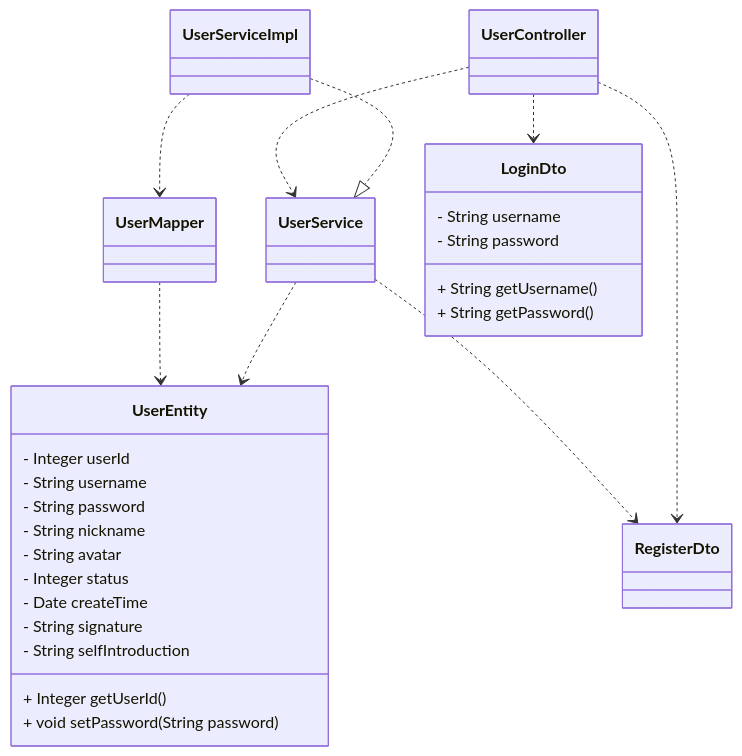
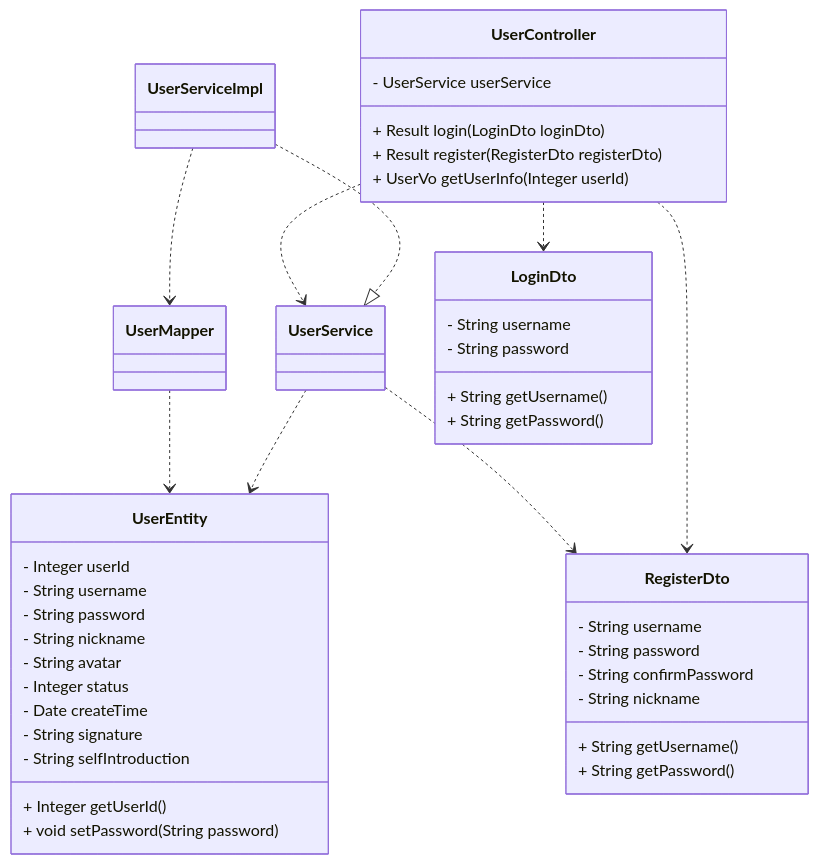
Before and after one commit to DEbalanceUX/iodraw-files: the diagram in all/未命名-1.md, drawn with Mermaid.

Commit message:
2025-12-10 22:53:23 update

````diff
--- a/all/未命名-1.md
+++ b/all/未命名-1.md
@@ -1,38 +1,54 @@
 ```mermaid
 classDiagram
     %% 实现关系：ServiceImpl 实现 Service 接口
     UserServiceImpl ..|> UserService
     %% 依赖关系：Controller 依赖 Service / ServiceImpl 依赖 Mapper
     UserController ..> UserService
     UserServiceImpl ..> UserMapper
     %% 关联关系：核心数据载体关联
     UserService ..> UserEntity
     UserMapper ..> UserEntity
     UserController ..> LoginDto
     UserController ..> RegisterDto
     UserService ..> RegisterDto
 
     %% 用户实体类（存储用户核心数据）
     class UserEntity {
         - Integer userId       
         - String username   
         - String password       
         - String nickname
         - String avatar
         - Integer status
         - Date createTime
         - String signature
         - String selfIntroduction 
         + Integer getUserId()
         + void setPassword(String password)
     }
     %% 登录请求数据传输类（接收前端参数）
     class LoginDto {
         - String username
         - String password
         + String getUsername()
         + String getPassword()
     }
-    
+     %% 注册请求数据传输类（接收前端参数）
+    class RegisterDto {
+        - String username      
+        - String password      
+        - String confirmPassword 
+        - String nickname     
+        + String getUsername()
+        + String getPassword()
+    }
+%% 控制器类（接收请求，返回响应）
+    class UserController {
+        - UserService userService
+        + Result login(LoginDto loginDto)
+        + Result register(RegisterDto registerDto)
+        + UserVo getUserInfo(Integer userId)
+    }
+
     
 ```
````
